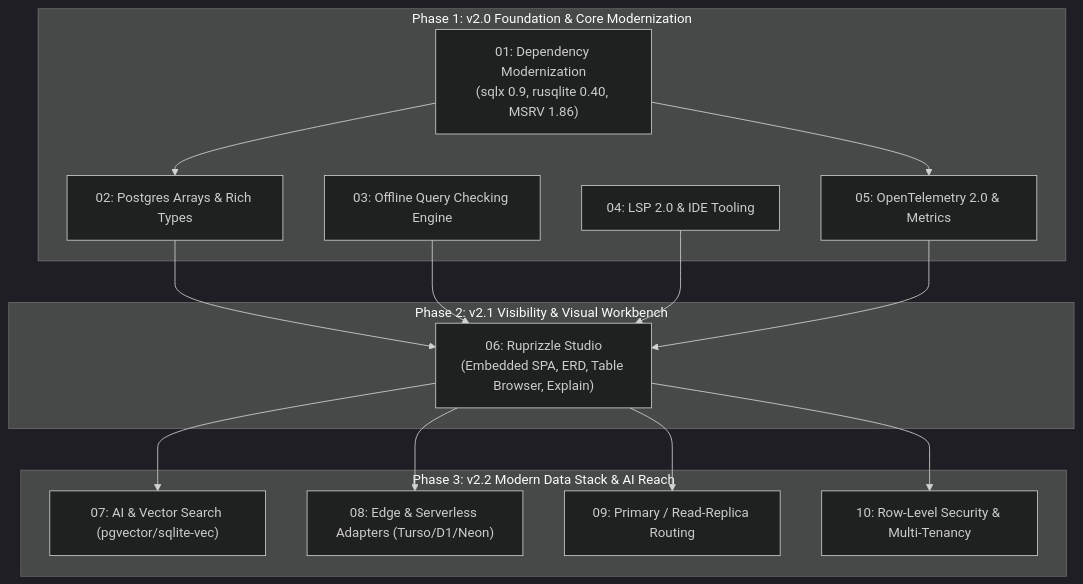
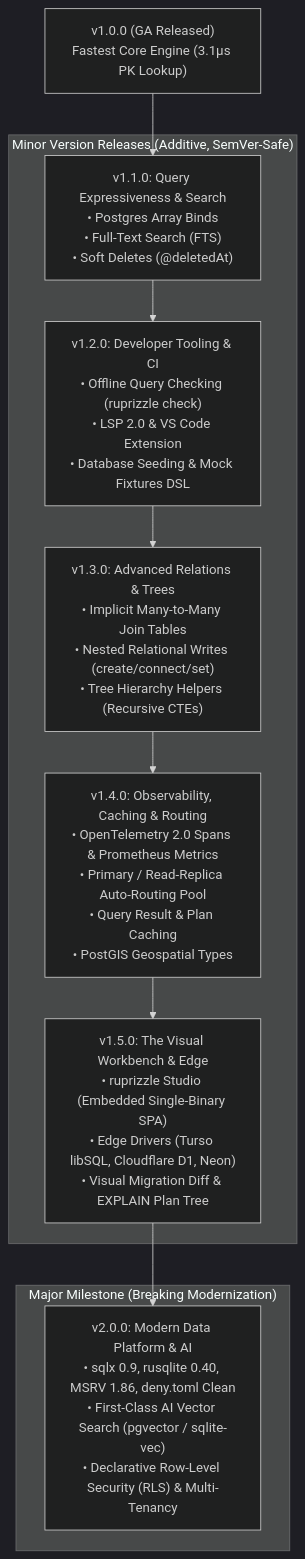
One commit to vaibhavgupta9877/ruprizzle-orm changed the diagram in ProjectPlan/v2/00_MasterV2RoadmapPlan.md. Above: the diagram before and after it, drawn with Mermaid (dark theme). The commit also changed other lines of this file and 5 other files, not shown here.

Commit message:
docs(plan): add multi-version roadmap (v1.1 to v2.0) and competitive analysis

````diff
--- a/ProjectPlan/v2/00_MasterV2RoadmapPlan.md
+++ b/ProjectPlan/v2/00_MasterV2RoadmapPlan.md
@@ -21,32 +20,23 @@
 ```mermaid
 graph TD
-    subgraph "Phase 1: v2.0 Foundation & Core Modernization"
-        P0["01: Dependency Modernization<br/>(sqlx 0.9, rusqlite 0.40, MSRV 1.86)"]
-        P1A["02: Postgres Arrays & Rich Types"]
-        P1B["03: Offline Query Checking Engine"]
-        P1C["04: LSP 2.0 & IDE Tooling"]
-        P1D["05: OpenTelemetry 2.0 & Metrics"]
+    V10["v1.0.0 (GA Released)<br/>Fastest Core Engine (3.1µs PK Lookup)"] --> V11
+    
+    subgraph "Minor Version Releases (Additive, SemVer-Safe)"
+        V11["v1.1.0: Query Expressiveness & Search<br/>• Postgres Array Binds<br/>• Full-Text Search (FTS)<br/>• Soft Deletes (@deletedAt)"]
+        V12["v1.2.0: Developer Tooling & CI<br/>• Offline Query Checking (ruprizzle check)<br/>• LSP 2.0 & VS Code Extension<br/>• Database Seeding & Mock Fixtures DSL"]
+        V13["v1.3.0: Advanced Relations & Trees<br/>• Implicit Many-to-Many Join Tables<br/>• Nested Relational Writes (create/connect/set)<br/>• Tree Hierarchy Helpers (Recursive CTEs)"]
+        V14["v1.4.0: Observability, Caching & Routing<br/>• OpenTelemetry 2.0 Spans & Prometheus Metrics<br/>• Primary / Read-Replica Auto-Routing Pool<br/>• Query Result & Plan Caching<br/>• PostGIS Geospatial Types"]
+        V15["v1.5.0: The Visual Workbench & Edge<br/>• ruprizzle Studio (Embedded Single-Binary SPA)<br/>• Edge Drivers (Turso libSQL, Cloudflare D1, Neon)<br/>• Visual Migration Diff & EXPLAIN Plan Tree"]
     end
 
-    subgraph "Phase 2: v2.1 Visibility & Visual Workbench"
-        P2A["06: Ruprizzle Studio<br/>(Embedded SPA, ERD, Table Browser, Explain)"]
+    V11 --> V12
+    V12 --> V13
+    V13 --> V14
+    V14 --> V15
+
+    subgraph "Major Milestone (Breaking Modernization)"
+        V20["v2.0.0: Modern Data Platform & AI<br/>• sqlx 0.9, rusqlite 0.40, MSRV 1.86, deny.toml Clean<br/>• First-Class AI Vector Search (pgvector / sqlite-vec)<br/>• Declarative Row-Level Security (RLS) & Multi-Tenancy"]
     end
 
-    subgraph "Phase 3: v2.2 Modern Data Stack & AI Reach"
-        P3A["07: AI & Vector Search (pgvector/sqlite-vec)"]
-        P3B["08: Edge & Serverless Adapters (Turso/D1/Neon)"]
-        P3C["09: Primary / Read-Replica Routing"]
-        P3D["10: Row-Level Security & Multi-Tenancy"]
-    end
-
-    P0 --> P1A
-    P0 --> P1D
-    P1A --> P2A
-    P1B --> P2A
-    P1C --> P2A
-    P1D --> P2A
-    P2A --> P3A
-    P2A --> P3B
-    P2A --> P3C
-    P2A --> P3D
+    V15 --> V20
 ```
````
